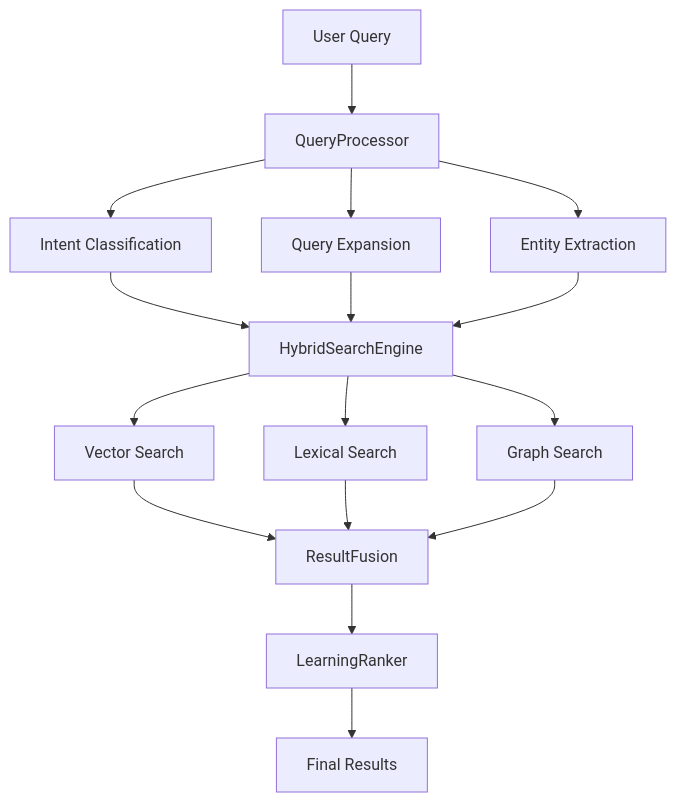
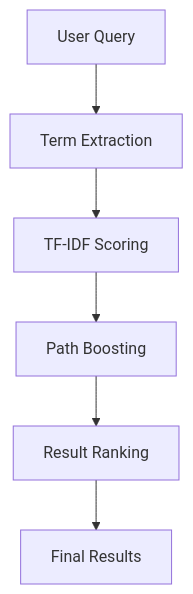
Before and after one commit to marshaltudu14/marshal-indexer: the first of 2 diagrams in ARCHITECTURE.md, drawn with Mermaid. The commit also changed other lines of this file and 36 other files, not shown here.

````diff
--- a/ARCHITECTURE.md
+++ b/ARCHITECTURE.md
@@ -59,18 +45,8 @@
 ```mermaid
 graph TD
-    A[User Query] --> B[QueryProcessor]
-    B --> C[Intent Classification]
-    B --> D[Query Expansion]
-    B --> E[Entity Extraction]
-    C --> F[HybridSearchEngine]
-    D --> F
-    E --> F
-    F --> G[Vector Search]
-    F --> H[Lexical Search]
-    F --> I[Graph Search]
-    G --> J[ResultFusion]
-    H --> J
-    I --> J
-    J --> K[LearningRanker]
-    K --> L[Final Results]
+    A[User Query] --> B[Term Extraction]
+    B --> C[TF-IDF Scoring]
+    C --> D[Path Boosting]
+    D --> E[Result Ranking]
+    E --> F[Final Results]
 ```
````
